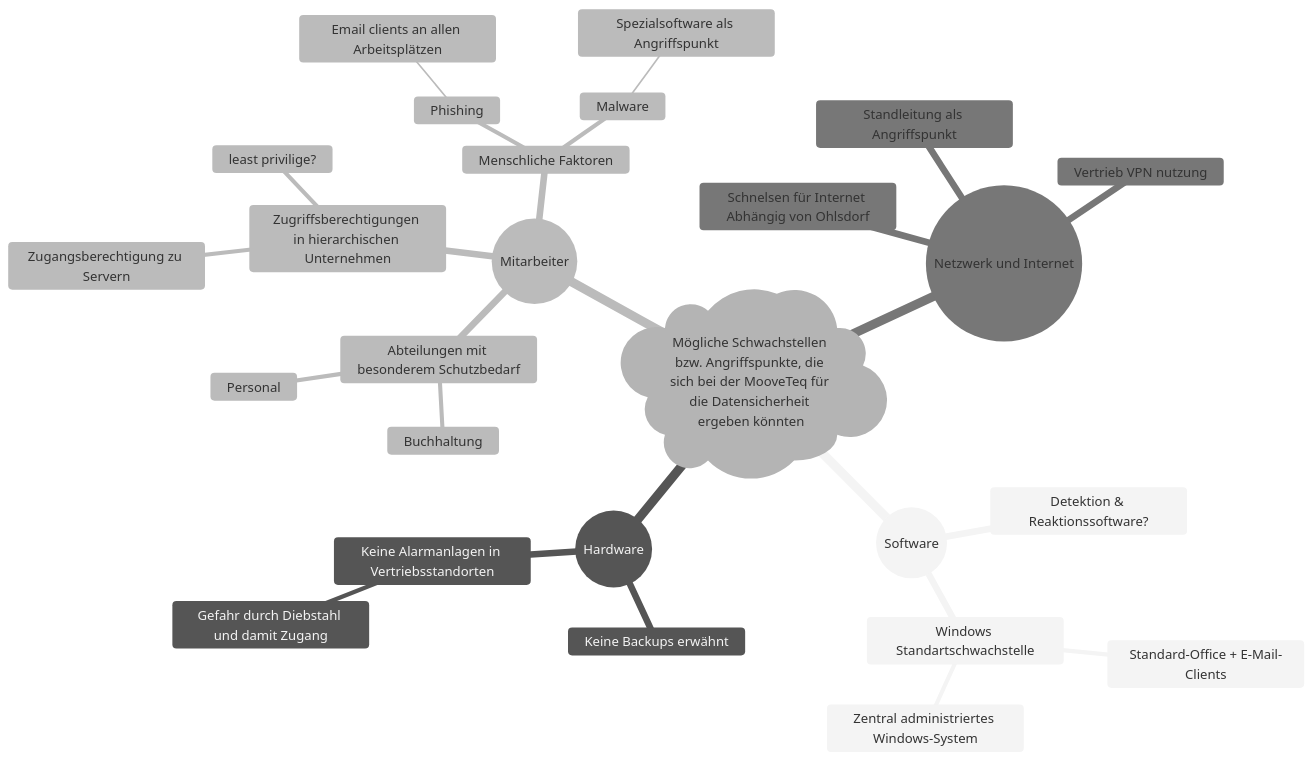
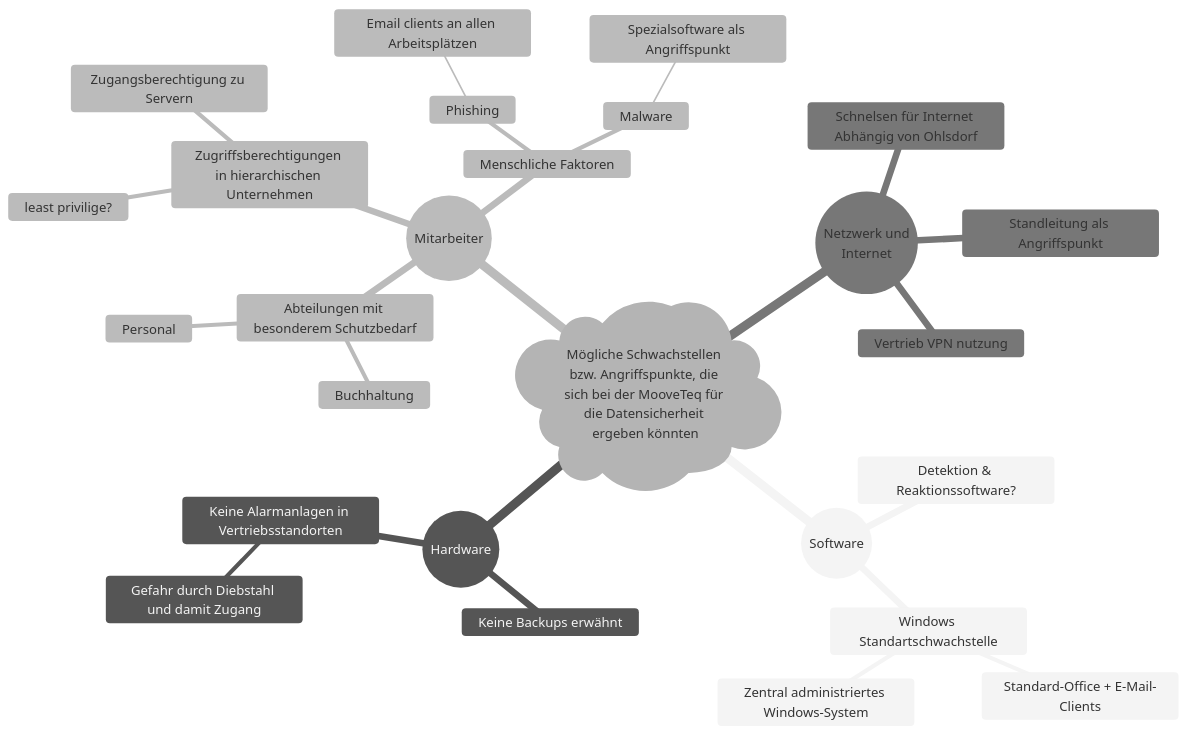
One commit to Duskgame/obsidian_notes changed the diagram in School/Lernfeld 4/todone/3. Teilhandlung Brainstorming zur Problemanalyse durchführen.md. Above: the diagram before and after it, drawn with Mermaid (neutral theme). The commit also changed 3 other files, not shown here.

````diff
--- a/School/Lernfeld 4/todone/3. Teilhandlung Brainstorming zur Problemanalyse durchführen.md
+++ b/School/Lernfeld 4/todone/3. Teilhandlung Brainstorming zur Problemanalyse durchführen.md
@@ -43,29 +43,29 @@
 ```mermaid
 mindmap
 	)Mögliche Schwachstellen bzw. Angriffspunkte, die sich bei der MooveTeq für die Datensicherheit ergeben könnten(
 		((Software))
 			Detektion & Reaktionssoftware?
 			Windows Standartschwachstelle
 				Standard-Office + E-Mail-Clients
 				Zentral administriertes Windows-System
 		((Hardware))
 			Keine Backups erwähnt
 			Keine Alarmanlagen in Vertriebsstandorten
 				Gefahr durch Diebstahl und damit Zugang
 		((Mitarbeiter))
 			Abteilungen mit besonderem Schutzbedarf
 				Buchhaltung
 				Personal
 			Zugriffsberechtigungen in hierarchischen Unternehmen
 				Zugangsberechtigung zu Servern
 				least privilige?
 			Menschliche Faktoren
 				Phishing
 					Email clients an allen Arbeitsplätzen
 				Malware
 					Spezialsoftware als Angriffspunkt
-		((Netzwerk und Internet))
+		((Netzwerk und <br> Internet))
 			Schnelsen für Internet Abhängig von Ohlsdorf
 			Standleitung als Angriffspunkt
 			Vertrieb VPN nutzung
 ```
````
